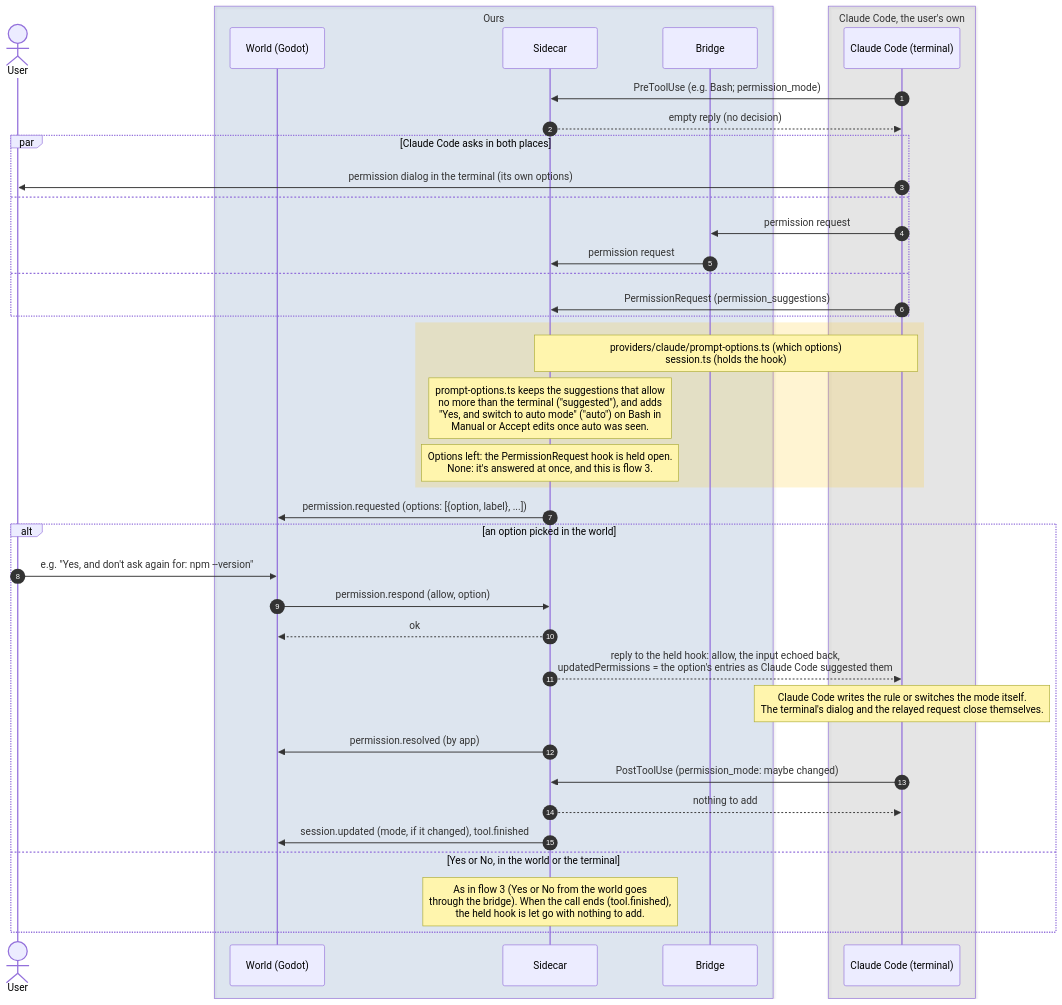
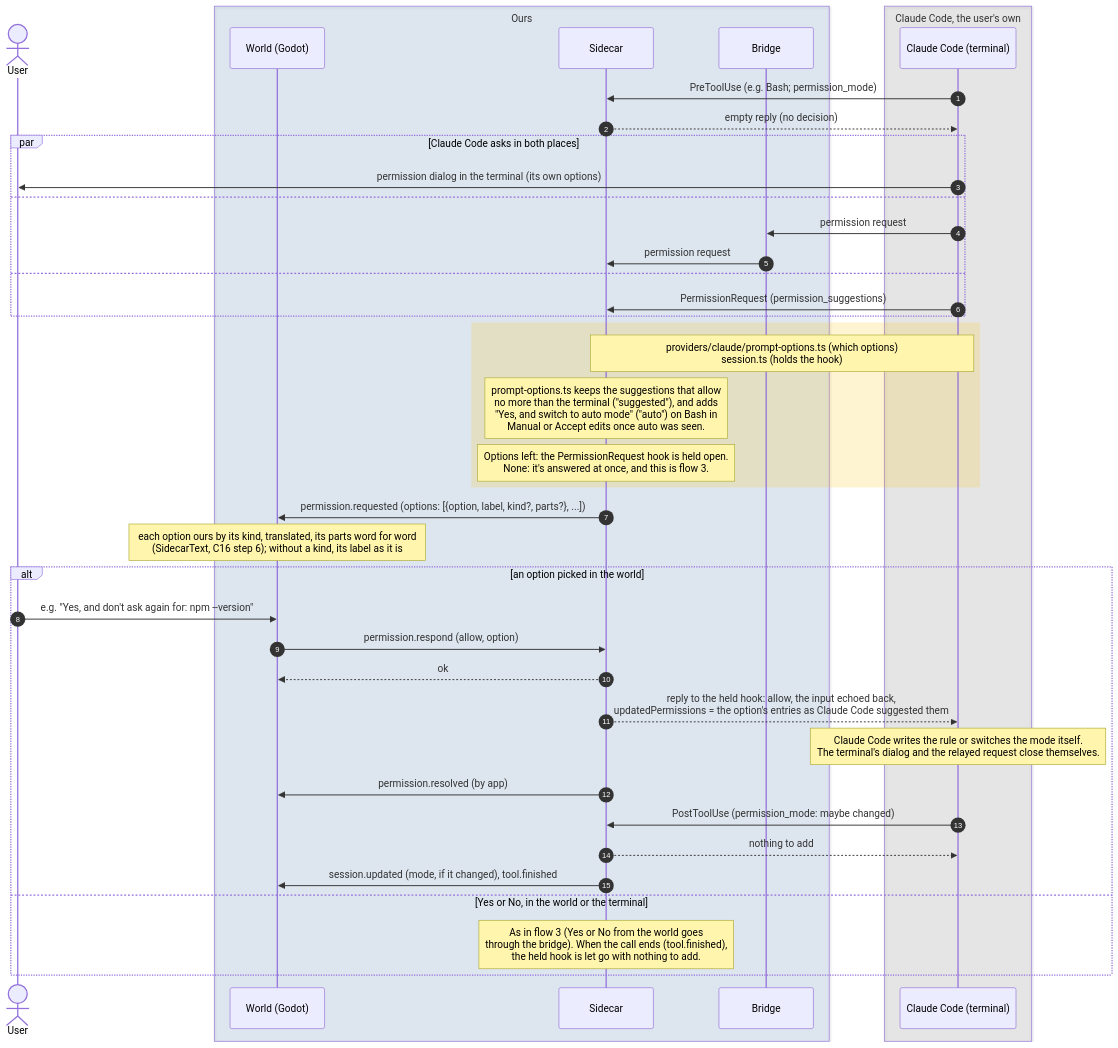
Before and after one commit to PaoloPortugal/The-Beach: the diagram in docs/diagrams/sequence/11-prompt-options.md, drawn with Mermaid. The commit also changed 14 other files, not shown here.

First line of the commit message:
C16 step 6: SidecarText tested; docs, dev log, live check

````diff
--- a/docs/diagrams/sequence/11-prompt-options.md
+++ b/docs/diagrams/sequence/11-prompt-options.md
@@ -11,45 +11,46 @@
 ```mermaid
 sequenceDiagram
     autonumber
     actor User
 
     box rgba(47,111,191,0.12) Ours
         participant World as World (Godot)
         participant Sidecar
         participant Bridge
     end
 
     box rgba(128,128,128,0.14) Claude Code, the user's own
         participant Claude as Claude Code (terminal)
     end
 
     Claude->>Sidecar: PreToolUse (e.g. Bash#59; permission_mode)
     Sidecar-->>Claude: empty reply (no decision)
     par Claude Code asks in both places
         Claude->>User: permission dialog in the terminal (its own options)
     and
         Claude->>Bridge: permission request
         Bridge->>Sidecar: permission request
     and
         Claude->>Sidecar: PermissionRequest (permission_suggestions)
     end
     rect rgba(255,193,7,0.18)
         Note over Sidecar,Claude: providers/claude/prompt-options.ts (which options)<br/>session.ts (holds the hook)
         Note over Sidecar: prompt-options.ts keeps the suggestions that allow<br/>no more than the terminal ("suggested"), and adds<br/>"Yes, and switch to auto mode" ("auto") on Bash in<br/>Manual or Accept edits once auto was seen.
         Note over Sidecar: Options left: the PermissionRequest hook is held open.<br/>None: it's answered at once, and this is flow 3.
     end
-    Sidecar->>World: permission.requested (options: [{option, label}, ...])
+    Sidecar->>World: permission.requested (options: [{option, label, kind?, parts?}, ...])
+    Note over World: each option ours by its kind, translated, its parts word for word<br/>(SidecarText, C16 step 6)#59; without a kind, its label as it is
     alt an option picked in the world
         User->>World: e.g. "Yes, and don't ask again for: npm --version"
         World->>Sidecar: permission.respond (allow, option)
         Sidecar-->>World: ok
         Sidecar-->>Claude: reply to the held hook: allow, the input echoed back,<br/>updatedPermissions = the option's entries as Claude Code suggested them
         Note over Claude: Claude Code writes the rule or switches the mode itself.<br/>The terminal's dialog and the relayed request close themselves.
         Sidecar->>World: permission.resolved (by app)
         Claude->>Sidecar: PostToolUse (permission_mode: maybe changed)
         Sidecar-->>Claude: nothing to add
         Sidecar->>World: session.updated (mode, if it changed), tool.finished
     else Yes or No, in the world or the terminal
         Note over Sidecar: As in flow 3 (Yes or No from the world goes<br/>through the bridge). When the call ends (tool.finished),<br/>the held hook is let go with nothing to add.
     end
 ```
````
